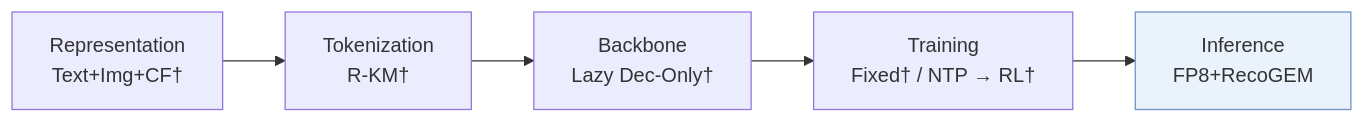
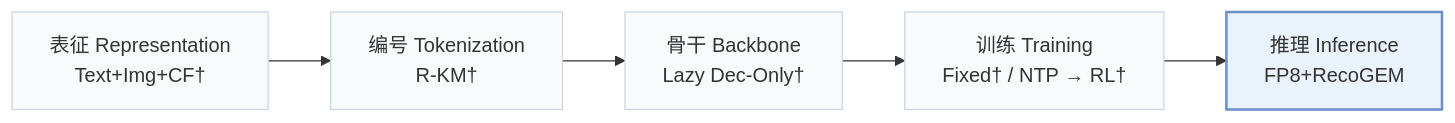
The first of 2 diagrams in pages/zh/papers/onerec-v2-quantized.md (Galaxy-ghost/Awesome-SID-Generative-Rec), drawn with Mermaid before and after one commit. The commit also changed other lines of this file and 649 other files, not shown here.

Commit message:
writer-05: also tags and modality index (schema, check, build, visuals); summary field removed; calibration data for 12 papers

````diff
--- a/pages/zh/papers/onerec-v2-quantized.md
+++ b/pages/zh/papers/onerec-v2-quantized.md
@@ -13,6 +15,8 @@
 ```mermaid
 flowchart LR
-    R["Representation<br/>Text+Img+CF†"] --> T["Tokenization<br/>R-KM†"] --> B["Backbone<br/>Lazy Dec-Only†"] --> TR["Training<br/>Fixed† / NTP → RL†"] --> I["Inference<br/>FP8+RecoGEM"]
-    classDef main fill:#eaf2fb,stroke:#6b8fc7
+    R["表征 Representation<br/>Text+Img+CF†"] --> T["编号 Tokenization<br/>R-KM†"] --> B["骨干 Backbone<br/>Lazy Dec-Only†"] --> TR["训练 Training<br/>Fixed† / NTP → RL†"] --> I["推理 Inference<br/>FP8+RecoGEM"]
+    classDef base fill:#f8fafc,stroke:#cbd5e1
+    class R,T,B,TR,I base
+    classDef main fill:#eaf2fb,stroke:#6b8fc7,stroke-width:2px
     class I main
 ```
````
